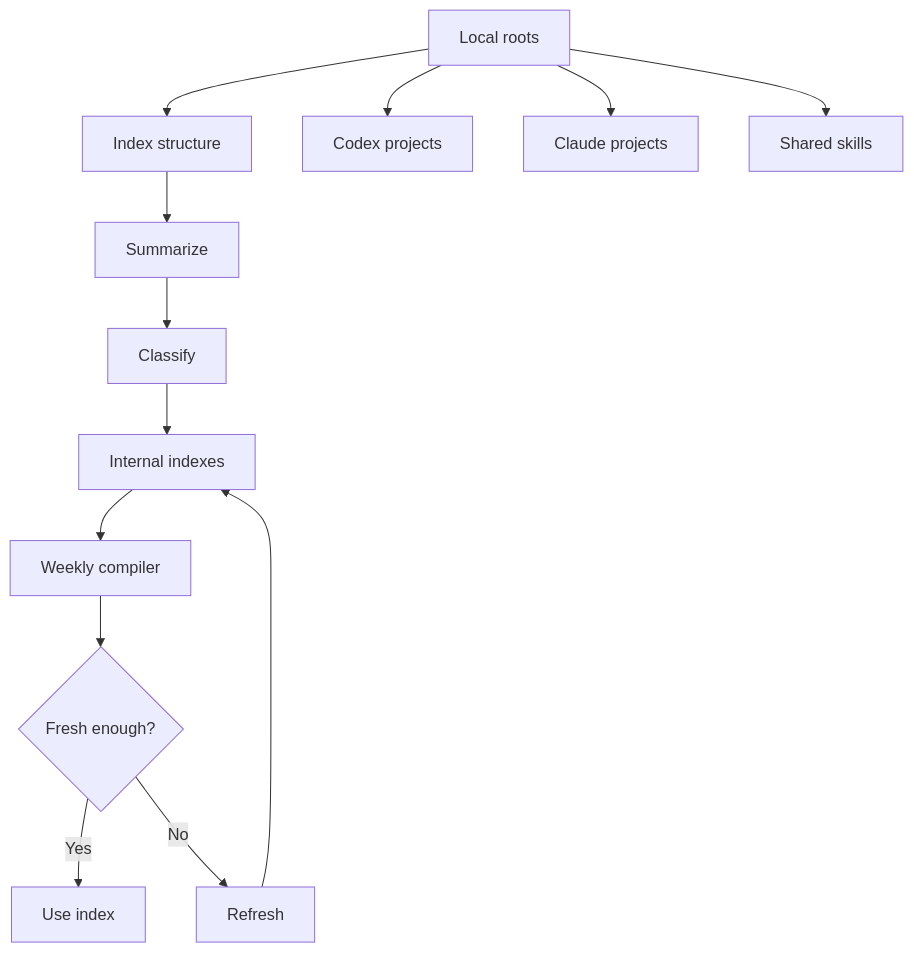
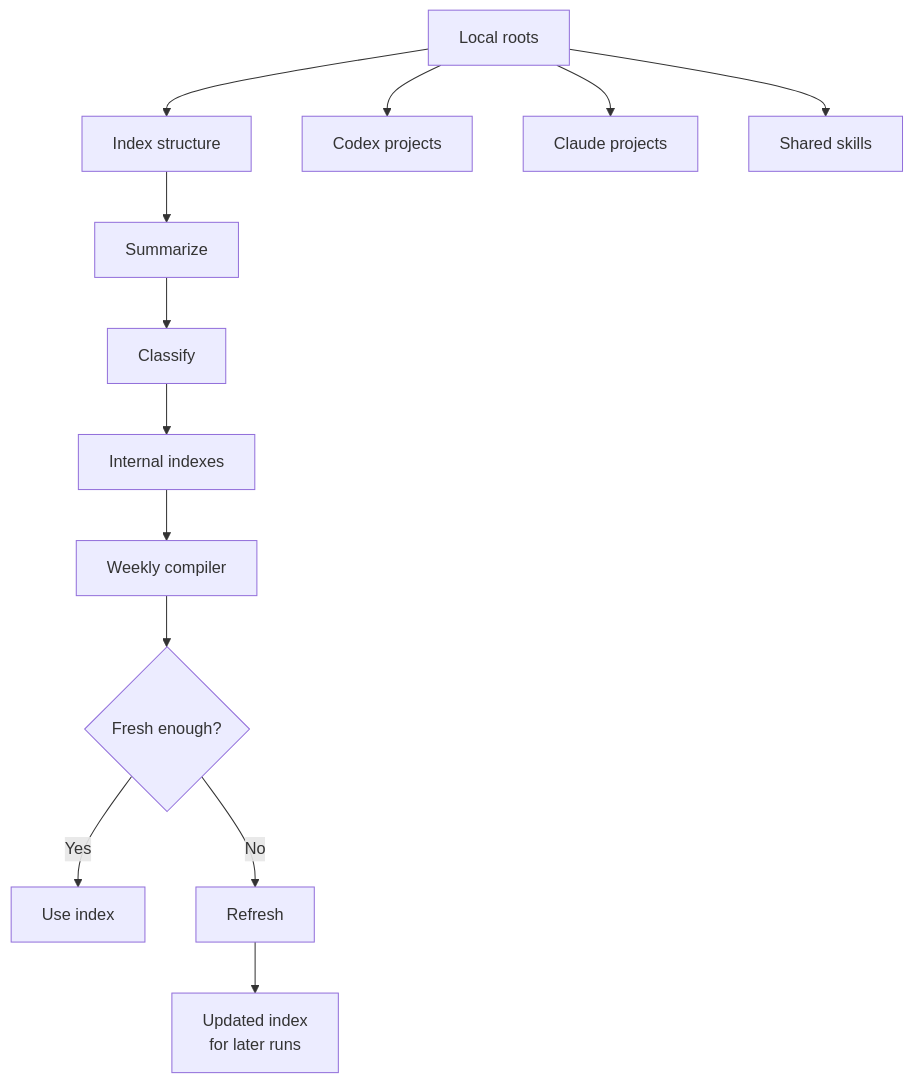
One commit to marcus-uden-dev/ai-native-proof-of-work changed the diagram in diagrams/LOCAL_SOURCE_DISCOVERY_MODEL.md. Above: the diagram before and after it, drawn with Mermaid. The commit also changed 8 other files, not shown here.

Commit message:
Fix GitHub Mermaid clipping in workflow diagrams

````diff
--- a/diagrams/LOCAL_SOURCE_DISCOVERY_MODEL.md
+++ b/diagrams/LOCAL_SOURCE_DISCOVERY_MODEL.md
@@ -6,16 +6,16 @@
 ```mermaid
 flowchart TD
     A["Local roots"] --> B["Index structure"]
     B --> C["Summarize"]
     C --> D["Classify"]
     D --> E["Internal indexes"]
     E --> F["Weekly compiler"]
     F --> G{"Fresh enough?"}
     G -->|Yes| H["Use index"]
     G -->|No| I["Refresh"]
-    I --> E
+    I --> J["Updated index<br/>for later runs"]
 
     A --> A1["Codex projects"]
     A --> A2["Claude projects"]
     A --> A3["Shared skills"]
 ```
````
